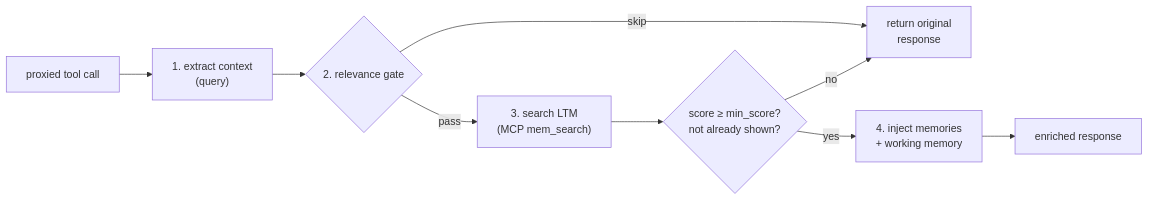
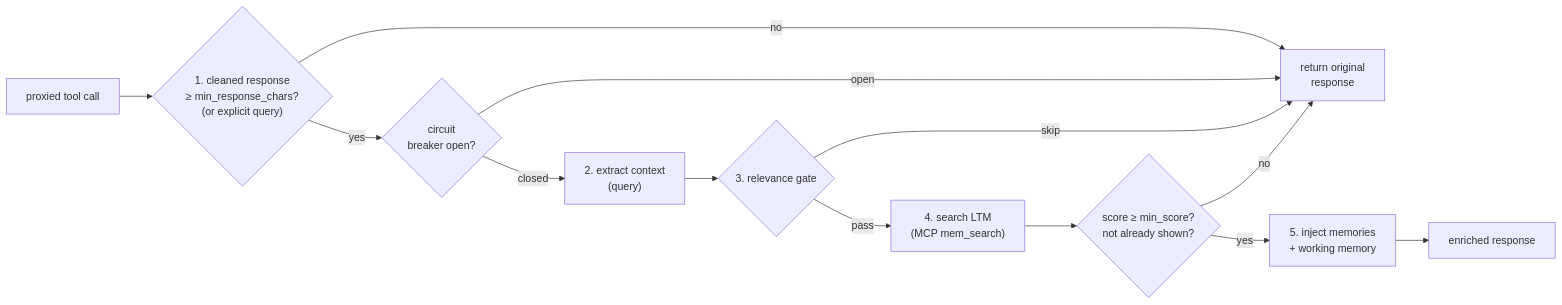
Before and after one commit to memtomem/memtomem-stm: the first of 5 diagrams in docs/surfacing.md, drawn with Mermaid. The commit also changed other lines of this file and 2 other files, not shown here.

First line of the commit message:
docs: document surfacing gate semantics changed by the #676 range (#679)

````diff
--- a/docs/surfacing.md
+++ b/docs/surfacing.md
@@ -10,11 +17,15 @@
 ```mermaid
 flowchart LR
-    Tool["proxied tool call"] --> Extract["1. extract context<br/>(query)"]
-    Extract --> Gate{"2. relevance gate"}
-    Gate -->|skip| Pass["return original<br/>response"]
-    Gate -->|pass| Search["3. search LTM<br/>(MCP mem_search)"]
+    Tool["proxied tool call"] --> Size{"1. cleaned response<br/>≥ min_response_chars?<br/>(or explicit query)"}
+    Size -->|no| Pass["return original<br/>response"]
+    Size -->|yes| CB{"circuit<br/>breaker open?"}
+    CB -->|open| Pass
+    CB -->|closed| Extract["2. extract context<br/>(query)"]
+    Extract --> Gate{"3. relevance gate"}
+    Gate -->|skip| Pass
+    Gate -->|pass| Search["4. search LTM<br/>(MCP mem_search)"]
     Search --> Filter{"score ≥ min_score?<br/>not already shown?"}
     Filter -->|no| Pass
-    Filter -->|yes| Inject["4. inject memories<br/>+ working memory"]
+    Filter -->|yes| Inject["5. inject memories<br/>+ working memory"]
     Inject --> Out["enriched response"]
 ```
````
